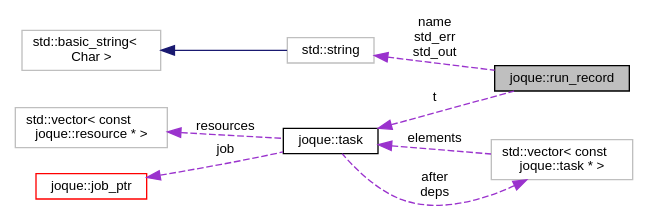
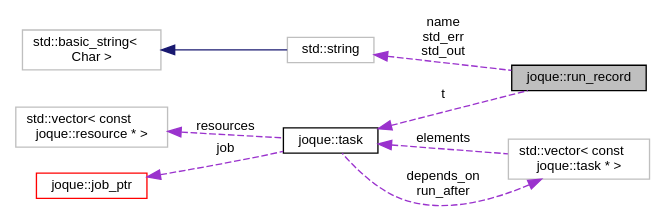
One commit to koniarik/joque changed the diagram in structjoque_1_1run__record__coll__graph.dot. Above: the diagram before and after it, drawn with Graphviz. The commit also changed 154 other files, not shown here.

```diff
--- a/structjoque_1_1run__record__coll__graph.dot
+++ b/structjoque_1_1run__record__coll__graph.dot
@@ -1,21 +1,21 @@
 digraph "joque::run_record"
 {
  // LATEX_PDF_SIZE
   edge [fontname="Helvetica",fontsize="10",labelfontname="Helvetica",labelfontsize="10"];
   node [fontname="Helvetica",fontsize="10",shape=record];
   rankdir="LR";
-  Node1 [label="joque::run_record",height=0.2,width=0.4,color="black", fillcolor="grey75", style="filled", fontcolor="black",tooltip=" "];
+  Node1 [label="joque::run_record",height=0.2,width=0.4,color="black", fillcolor="grey75", style="filled", fontcolor="black",tooltip="Record storing information about a run of one task, produced during single execution once for each ta..."];
   Node2 -> Node1 [dir="back",color="darkorchid3",fontsize="10",style="dashed",label=" name\nstd_err\nstd_out" ,fontname="Helvetica"];
   Node2 [label="std::string",height=0.2,width=0.4,color="grey75", fillcolor="white", style="filled",tooltip=" "];
   Node3 -> Node2 [dir="back",color="midnightblue",fontsize="10",style="solid",fontname="Helvetica"];
   Node3 [label="std::basic_string\<\l Char \>",height=0.2,width=0.4,color="grey75", fillcolor="white", style="filled",tooltip=" "];
   Node4 -> Node1 [dir="back",color="darkorchid3",fontsize="10",style="dashed",label=" t" ,fontname="Helvetica"];
-  Node4 [label="joque::task",height=0.2,width=0.4,color="black", fillcolor="white", style="filled",URL="$namespacejoque.html#structjoque_1_1task",tooltip=" "];
+  Node4 [label="joque::task",height=0.2,width=0.4,color="black", fillcolor="white", style="filled",URL="$namespacejoque.html#structjoque_1_1task",tooltip="Single task that should be executed by the system."];
   Node5 -> Node4 [dir="back",color="darkorchid3",fontsize="10",style="dashed",label=" resources" ,fontname="Helvetica"];
   Node5 [label="std::vector\< const\l joque::resource * \>",height=0.2,width=0.4,color="grey75", fillcolor="white", style="filled",tooltip=" "];
   Node7 -> Node4 [dir="back",color="darkorchid3",fontsize="10",style="dashed",label=" job" ,fontname="Helvetica"];
-  Node7 [label="joque::job_ptr",height=0.2,width=0.4,color="red", fillcolor="white", style="filled",URL="$structjoque_1_1job__ptr.html",tooltip=" "];
-  Node10 -> Node4 [dir="back",color="darkorchid3",fontsize="10",style="dashed",label=" after\ndeps" ,fontname="Helvetica"];
+  Node7 [label="joque::job_ptr",height=0.2,width=0.4,color="red", fillcolor="white", style="filled",URL="$structjoque_1_1job__ptr.html",tooltip="Custom unique_ptr wrapper that simplifies syntax of tasks."];
+  Node10 -> Node4 [dir="back",color="darkorchid3",fontsize="10",style="dashed",label=" depends_on\nrun_after" ,fontname="Helvetica"];
   Node10 [label="std::vector\< const\l joque::task * \>",height=0.2,width=0.4,color="grey75", fillcolor="white", style="filled",tooltip=" "];
   Node4 -> Node10 [dir="back",color="darkorchid3",fontsize="10",style="dashed",label=" elements" ,fontname="Helvetica"];
 }
```
